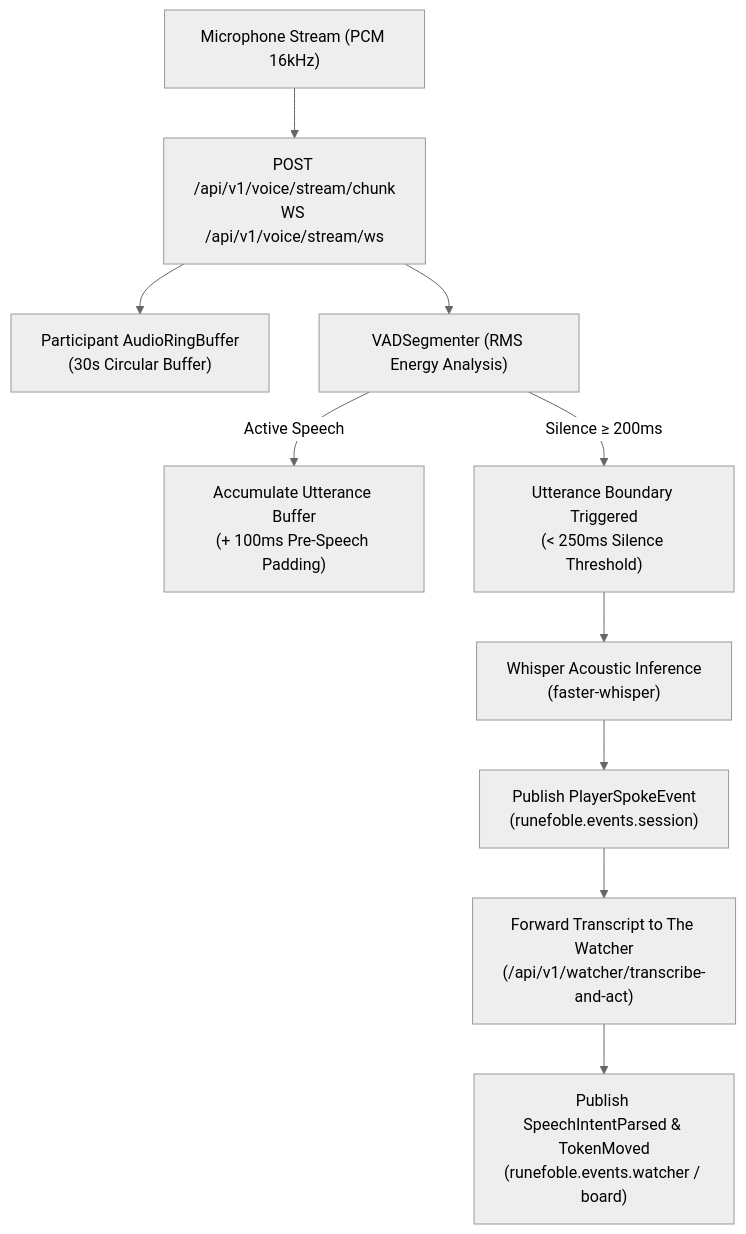
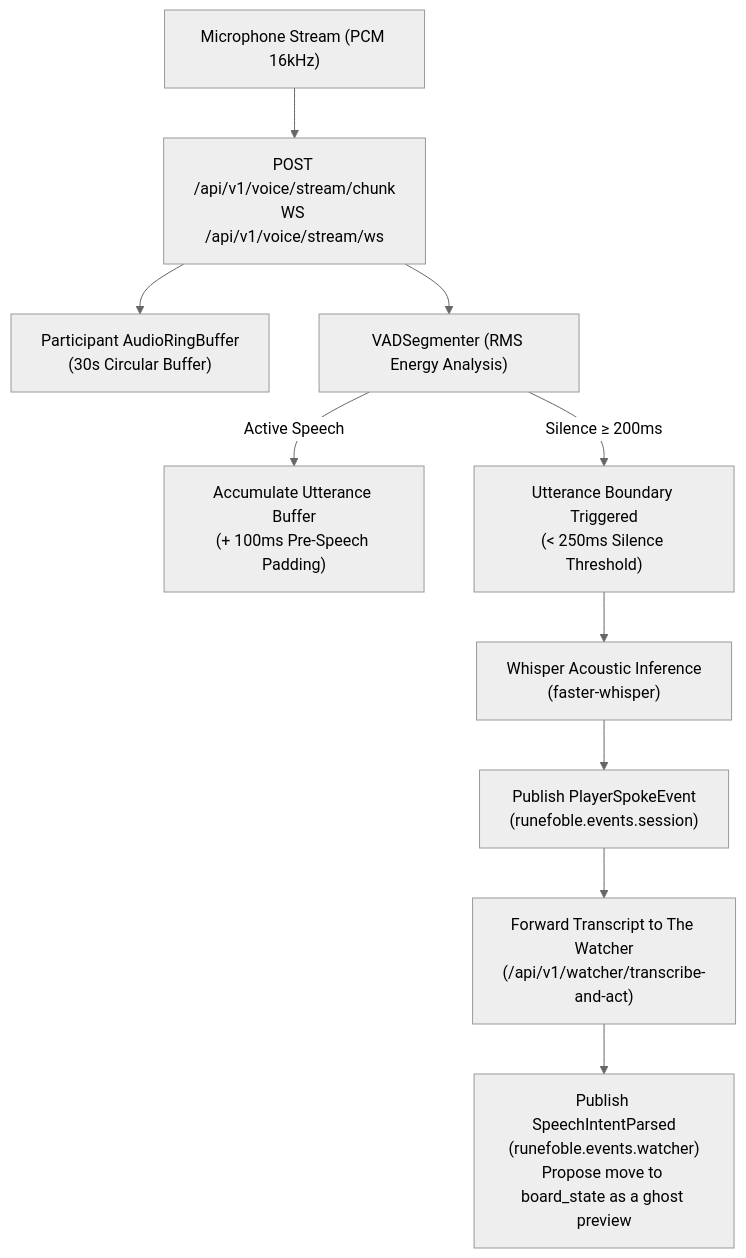
Before and after one commit to tyevans/runefoble: the second of 2 diagrams in docs/explanation/realtime-voice-and-board-sync.md, drawn with Mermaid (neutral theme). The commit also changed other lines of this file and 4 other files, not shown here.

````diff
--- a/docs/explanation/realtime-voice-and-board-sync.md
+++ b/docs/explanation/realtime-voice-and-board-sync.md
@@ -45,12 +46,12 @@
 ```mermaid
 flowchart TD
     Mic["Microphone Stream (PCM 16kHz)"] --> Ingest["POST /api/v1/voice/stream/chunk<br/>WS /api/v1/voice/stream/ws"]
     Ingest --> RingBuf["Participant AudioRingBuffer<br/>(30s Circular Buffer)"]
     Ingest --> VAD["VADSegmenter (RMS Energy Analysis)"]
     VAD -->|Active Speech| Acc["Accumulate Utterance Buffer<br/>(+ 100ms Pre-Speech Padding)"]
     VAD -->|Silence &ge; 200ms| Trigger["Utterance Boundary Triggered<br/>(&lt; 250ms Silence Threshold)"]
     Trigger --> Whisper["Whisper Acoustic Inference<br/>(faster-whisper)"]
     Whisper --> EmitSpoke["Publish PlayerSpokeEvent<br/>(runefoble.events.session)"]
     EmitSpoke --> WatcherForward["Forward Transcript to The Watcher<br/>(/api/v1/watcher/transcribe-and-act)"]
-    WatcherForward --> WatcherEvents["Publish SpeechIntentParsed &amp; TokenMoved<br/>(runefoble.events.watcher / board)"]
+    WatcherForward --> WatcherEvents["Publish SpeechIntentParsed<br/>(runefoble.events.watcher)<br/>Propose move to board_state as a ghost preview"]
 ```
````
